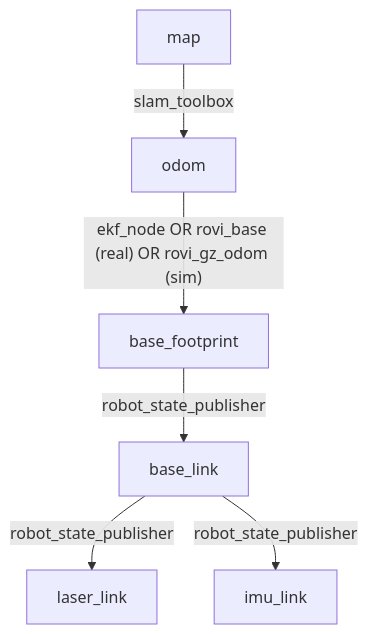
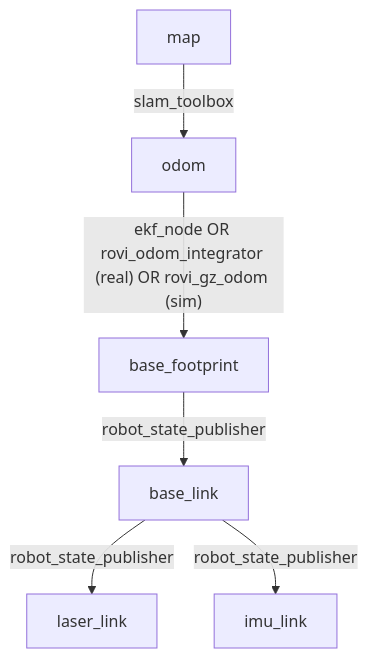
The tenth of 12 diagrams in README.md (Roblibs/rovi_ros_ws), drawn with Mermaid before and after one commit. The commit also changed other lines of this file and 63 other files, not shown here.

````diff
--- a/README.md
+++ b/README.md
@@ -351,8 +351,8 @@
 ```mermaid
 flowchart TD
   MAP[map] -->|slam_toolbox| ODOM[odom]
-  ODOM -->|"ekf_node OR rovi_base (real) OR rovi_gz_odom (sim)"| BASEF[base_footprint]
+  ODOM -->|"ekf_node OR rovi_odom_integrator (real) OR rovi_gz_odom (sim)"| BASEF[base_footprint]
   BASEF -->|robot_state_publisher| BASEL[base_link]
   BASEL -->|robot_state_publisher| LASER[laser_link]
   BASEL -->|robot_state_publisher| IMU[imu_link]
 ```
````
